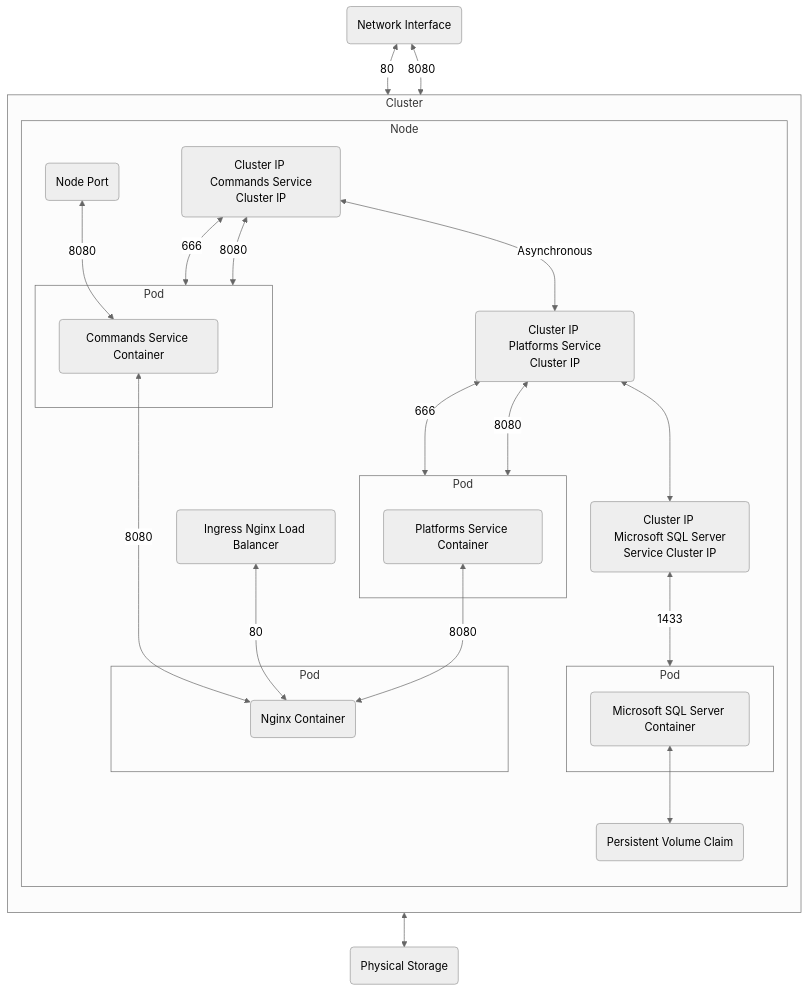
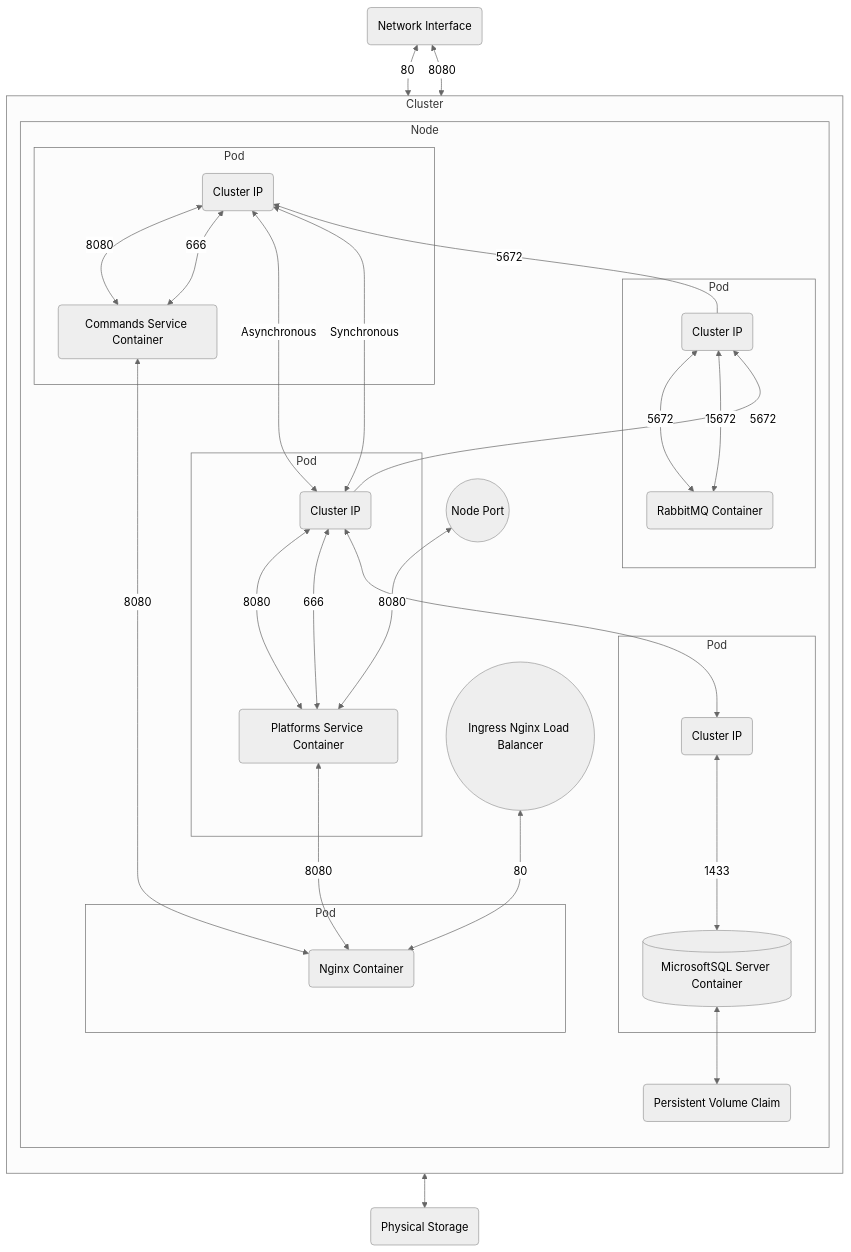
The second of 4 diagrams in README.md (nooneknowspeter/k8s-microservices), drawn with Mermaid before and after one commit. The commit also changed other lines of this file, not shown here.

Commit message:
docs: added RabbitMQ to systems design diagrams in README.md

```diff
--- a/README.md
+++ b/README.md
@@ -130,22 +131,32 @@
             %% commands service
             subgraph commandsPod[ Pod ]
                 commandsServiceContainer( Commands Service Container)
+                commandsClusterIP( Cluster IP)
             end
 
-            commandsPod <--8080--> commandsClusterIP
-            commandsPod <--666--> commandsClusterIP
+            commandsServiceContainer <--8080--> commandsClusterIP
+            commandsServiceContainer <--666--> commandsClusterIP
 
-            commandsClusterIP( Cluster IP \n Commands Service Cluster IP )
 
             %% platforms service
             subgraph platformsPod[ Pod ]
                 platformsServiceContainer( Platforms Service Container)
+                platformsClusterIP( Cluster IP)
+
+                platformsServiceContainer <--8080--> platformsClusterIP
+                platformsServiceContainer <--666--> platformsClusterIP
             end
 
-            platformsPod <--8080--> platformsClusterIP
-            platformsPod <--666--> platformsClusterIP
+            %% rabbitmq
+            subgraph rabbitmqPod[ Pod ]
+                rabbitmqContainer( RabbitMQ Container )
+                rabbitmqClusterIP( Cluster IP )
 
-            platformsClusterIP( Cluster IP \n Platforms Service Cluster IP )
+                rabbitmqContainer <--5672--> rabbitmqClusterIP
+                rabbitmqContainer <--15672--> rabbitmqClusterIP
+            end
+
+
 
             %% nginx
             subgraph nginxPod[ Pod ]
@@ -158,27 +169,31 @@
 
             %% mssql server
             subgraph mssqlPod[ Pod ]
-                mssqlContainer( Microsoft SQL Server Container)
+                mssqlContainer[( MicrosoftSQL Server Container )]
+               mssqlClusterIP( Cluster IP)
+
+                mssqlContainer <--1433--> mssqlClusterIP
+                mssqlClusterIP <--> platformsClusterIP
             end
 
-            mssqlPod <--1433--> mssqlClusterIP
-            mssqlClusterIP <--> platformsClusterIP
 
-            mssqlClusterIP( Cluster IP \n Microsoft SQL Server Service Cluster IP )
 
             %% node port
-            nodePort( Node Port )
+            nodePort((Node Port ))
 
 
-            %% ingress controller
-            ingressController( Ingress Nginx Load Balancer )
+           %% ingress controller
+            ingressController((Ingress Nginx Load Balancer ))
 
-            %% connections
-            commandsServiceContainer <--8080--> nodePort
+           %% connections
+            platformsServiceContainer <--8080--> nodePort
             nginxContainer <--80--> ingressController
             nginxContainer <--8080--> platformsServiceContainer
             nginxContainer <--8080--> commandsServiceContainer
             platformsClusterIP <--Asynchronous--> commandsClusterIP
+            platformsClusterIP <--Synchronous--> commandsClusterIP
+            platformsClusterIP --5672--> rabbitmqClusterIP
+            rabbitmqClusterIP --5672--> commandsClusterIP
 
         end
     end
```
